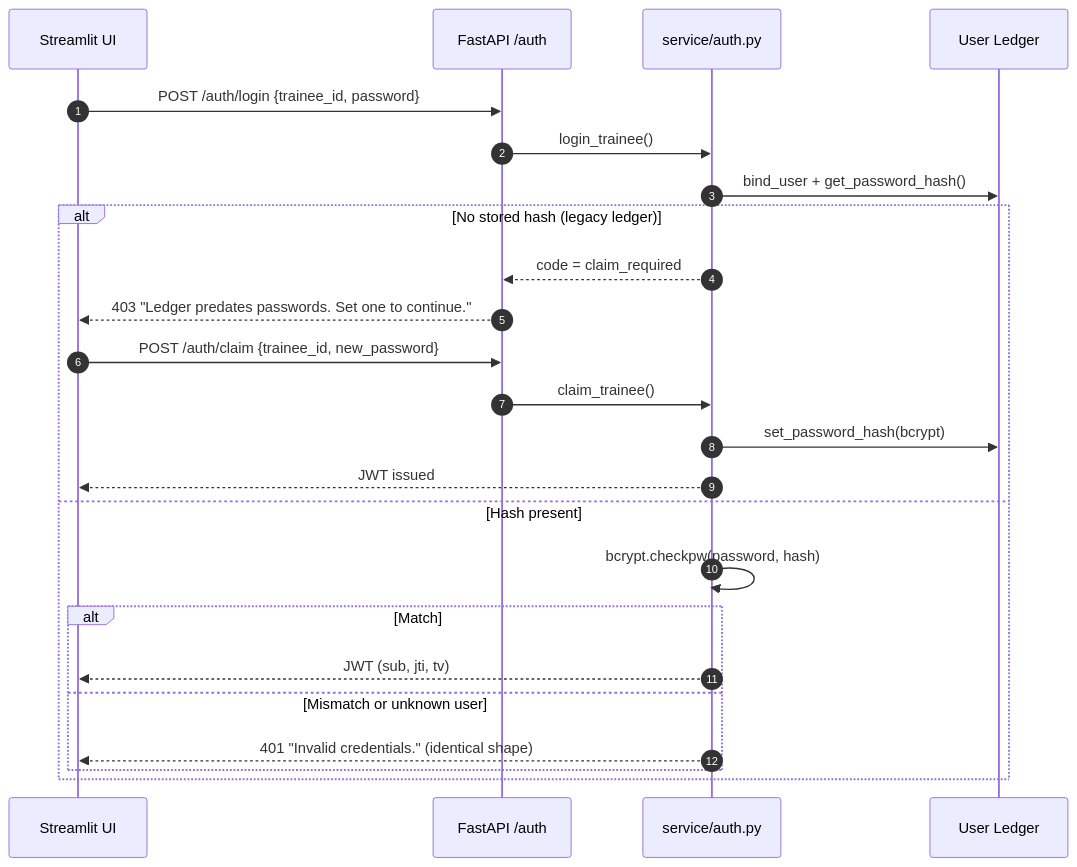
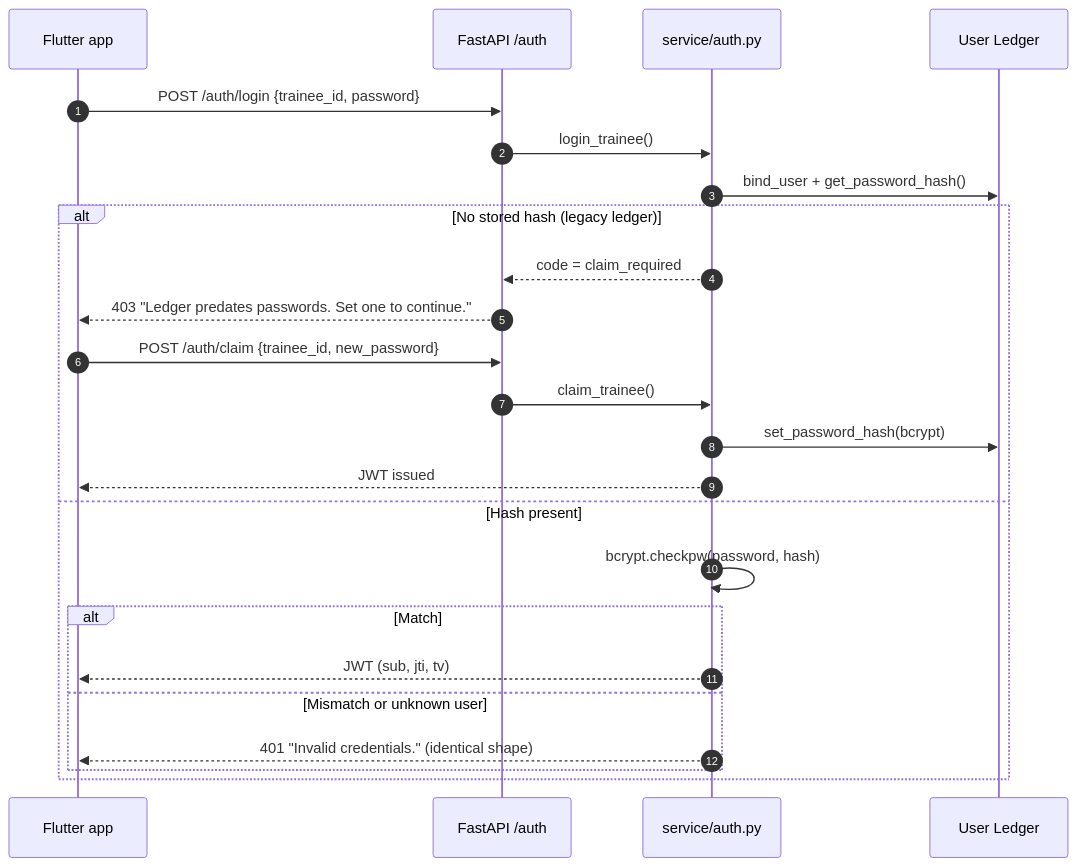
The first of 4 diagrams in docs/AUTHENTICATION.md (ahmedtvmer/MAYOS), drawn with Mermaid before and after one commit. The commit also changed other lines of this file and 13 other files, not shown here.

````diff
--- a/docs/AUTHENTICATION.md
+++ b/docs/AUTHENTICATION.md
@@ -41,27 +41,27 @@
 ```mermaid
 sequenceDiagram
     autonumber
-    participant UI as Streamlit UI
+    participant UI as Flutter app
     participant API as FastAPI /auth
     participant SVC as service/auth.py
     participant DB as User Ledger
 
     UI->>API: POST /auth/login {trainee_id, password}
     API->>SVC: login_trainee()
     SVC->>DB: bind_user + get_password_hash()
     alt No stored hash (legacy ledger)
         SVC-->>API: code = claim_required
         API-->>UI: 403 "Ledger predates passwords. Set one to continue."
         UI->>API: POST /auth/claim {trainee_id, new_password}
         API->>SVC: claim_trainee()
         SVC->>DB: set_password_hash(bcrypt)
         SVC-->>UI: JWT issued
     else Hash present
         SVC->>SVC: bcrypt.checkpw(password, hash)
         alt Match
             SVC-->>UI: JWT (sub, jti, tv)
         else Mismatch or unknown user
             SVC-->>UI: 401 "Invalid credentials." (identical shape)
         end
     end
 ```
````
